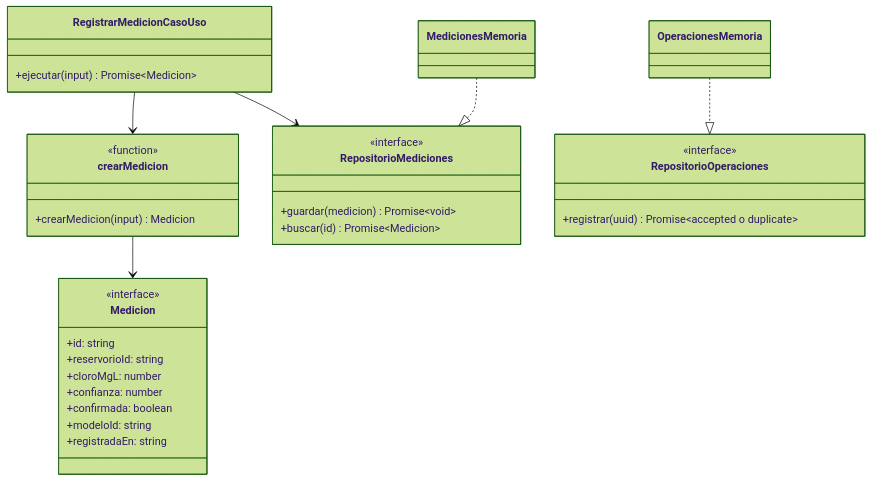
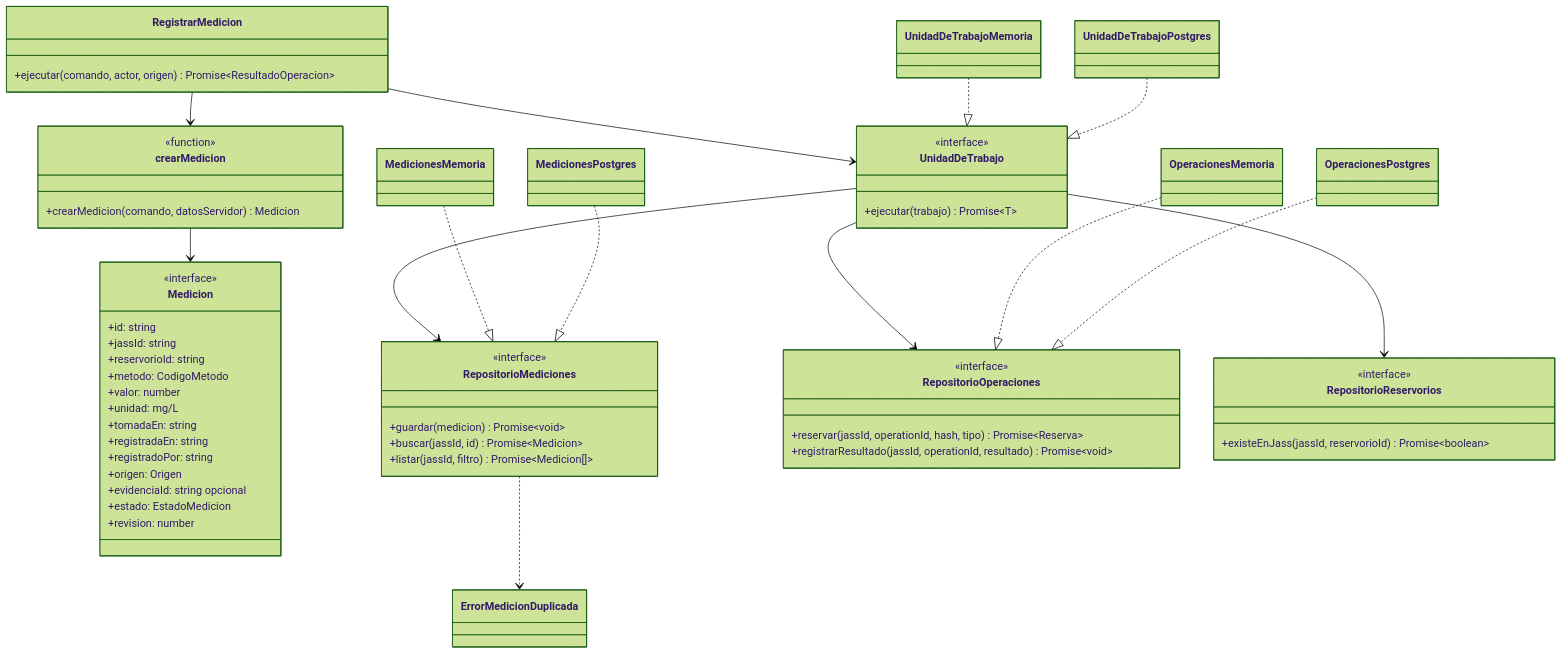
The first of 2 diagrams in docs/04-modelo-c4/Nivel4-Diagrama-de-Codigo.md (Henrixfs/SIJASS), drawn with Mermaid (forest theme) before and after one commit. The commit also changed other lines of this file and 9 other files, not shown here.

First line of the commit message:
docs(s1a): documentar el estado verificado con evidencia de CI (DT03-DT06)

````diff
--- a/docs/04-modelo-c4/Nivel4-Diagrama-de-Codigo.md
+++ b/docs/04-modelo-c4/Nivel4-Diagrama-de-Codigo.md
@@ -9,36 +9,65 @@
 ```mermaid
 classDiagram
   class Medicion {
     <<interface>>
     +id: string
+    +jassId: string
     +reservorioId: string
-    +cloroMgL: number
-    +confianza: number
-    +confirmada: boolean
-    +modeloId: string
+    +metodo: CodigoMetodo
+    +valor: number
+    +unidad: mg/L
+    +tomadaEn: string
     +registradaEn: string
+    +registradoPor: string
+    +origen: Origen
+    +evidenciaId: string opcional
+    +estado: EstadoMedicion
+    +revision: number
   }
   class crearMedicion {
     <<function>>
-    +crearMedicion(input) Medicion
+    +crearMedicion(comando, datosServidor) Medicion
   }
   class RepositorioMediciones {
     <<interface>>
     +guardar(medicion) Promise~void~
-    +buscar(id) Promise~Medicion~
+    +buscar(jassId, id) Promise~Medicion~
+    +listar(jassId, filtro) Promise~Medicion[]~
   }
   class RepositorioOperaciones {
     <<interface>>
-    +registrar(uuid) Promise~accepted o duplicate~
+    +reservar(jassId, operationId, hash, tipo) Promise~Reserva~
+    +registrarResultado(jassId, operationId, resultado) Promise~void~
   }
-  class RegistrarMedicionCasoUso {
-    +ejecutar(input) Promise~Medicion~
+  class RepositorioReservorios {
+    <<interface>>
+    +existeEnJass(jassId, reservorioId) Promise~boolean~
   }
+  class UnidadDeTrabajo {
+    <<interface>>
+    +ejecutar(trabajo) Promise~T~
+  }
+  class RegistrarMedicion {
+    +ejecutar(comando, actor, origen) Promise~ResultadoOperacion~
+  }
+  class ErrorMedicionDuplicada
   class MedicionesMemoria
   class OperacionesMemoria
-  RegistrarMedicionCasoUso --> RepositorioMediciones
-  RegistrarMedicionCasoUso --> crearMedicion
+  class UnidadDeTrabajoMemoria
+  class MedicionesPostgres
+  class OperacionesPostgres
+  class UnidadDeTrabajoPostgres
+  RegistrarMedicion --> UnidadDeTrabajo
+  RegistrarMedicion --> crearMedicion
+  UnidadDeTrabajo --> RepositorioMediciones
+  UnidadDeTrabajo --> RepositorioOperaciones
+  UnidadDeTrabajo --> RepositorioReservorios
   crearMedicion --> Medicion
+  RepositorioMediciones ..> ErrorMedicionDuplicada
   MedicionesMemoria ..|> RepositorioMediciones
   OperacionesMemoria ..|> RepositorioOperaciones
+  UnidadDeTrabajoMemoria ..|> UnidadDeTrabajo
+  MedicionesPostgres ..|> RepositorioMediciones
+  OperacionesPostgres ..|> RepositorioOperaciones
+  UnidadDeTrabajoPostgres ..|> UnidadDeTrabajo
 ```
````
